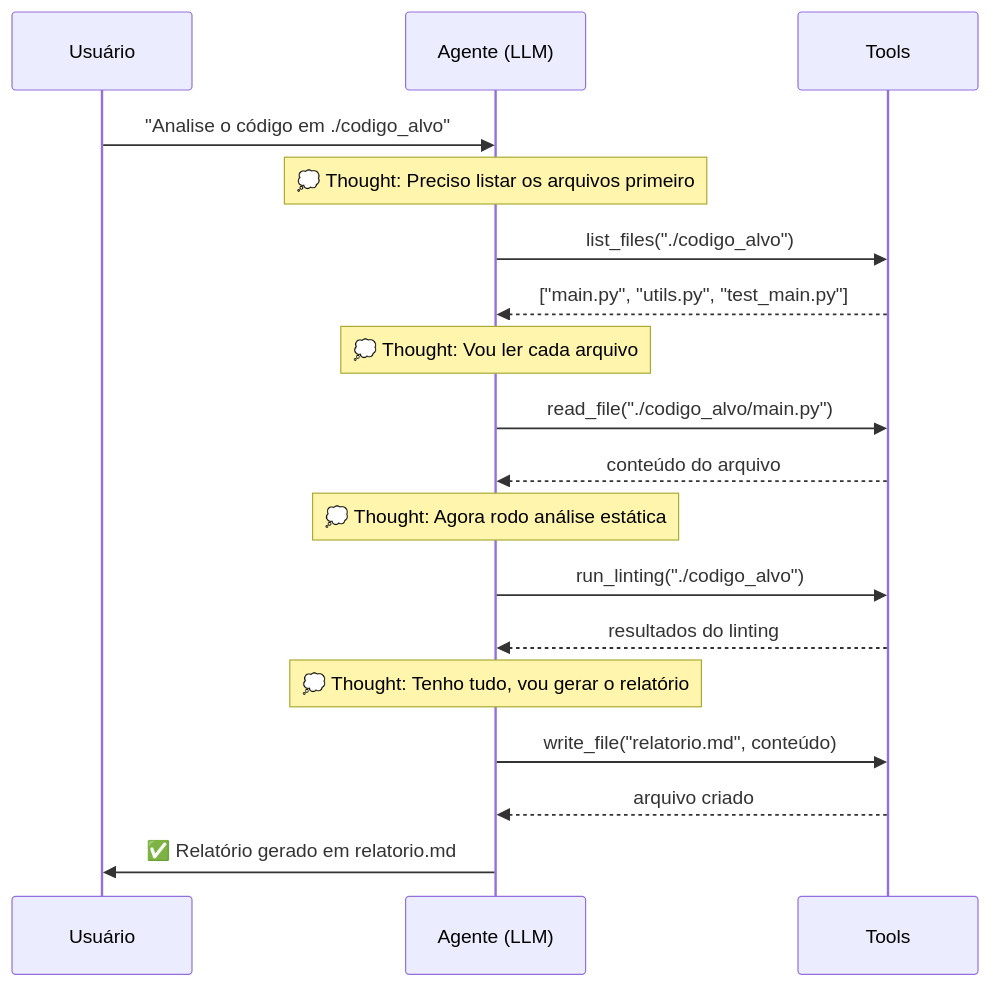
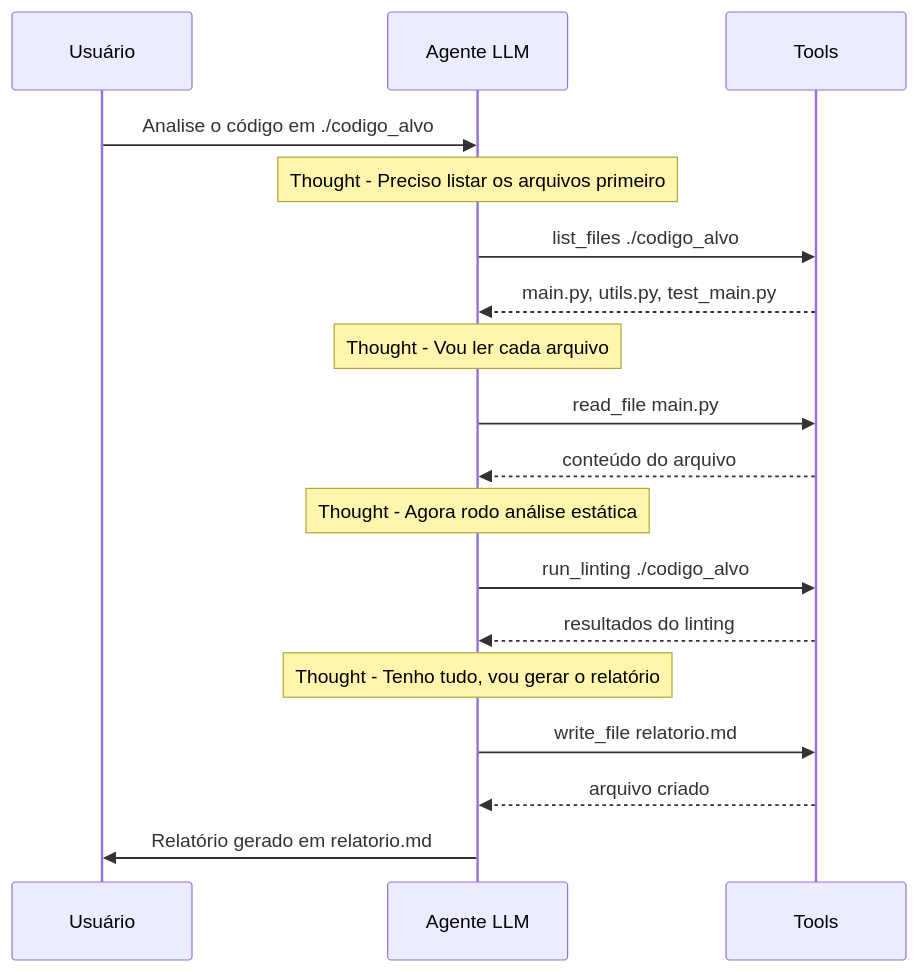
The fifth of 5 diagrams in docs/bloco2/s01-tools-react.md (IA-para-DEVs-SD/AI4devs), drawn with Mermaid before and after one commit. The commit also changed other lines of this file, not shown here.

First line of the commit message:
fix: remove emojis e caracteres especiais dos diagramas Mermaid em B2S01

````diff
--- a/docs/bloco2/s01-tools-react.md
+++ b/docs/bloco2/s01-tools-react.md
@@ -177,26 +177,26 @@
 ```mermaid
 sequenceDiagram
     participant U as Usuário
-    participant A as Agente (LLM)
+    participant A as Agente LLM
     participant T as Tools
     
-    U->>A: "Analise o código em ./codigo_alvo"
+    U->>A: Analise o código em ./codigo_alvo
     
-    Note over A: 💭 Thought: Preciso listar os arquivos primeiro
-    A->>T: list_files("./codigo_alvo")
-    T-->>A: ["main.py", "utils.py", "test_main.py"]
+    Note over A: Thought - Preciso listar os arquivos primeiro
+    A->>T: list_files ./codigo_alvo
+    T-->>A: main.py, utils.py, test_main.py
     
-    Note over A: 💭 Thought: Vou ler cada arquivo
-    A->>T: read_file("./codigo_alvo/main.py")
+    Note over A: Thought - Vou ler cada arquivo
+    A->>T: read_file main.py
     T-->>A: conteúdo do arquivo
     
-    Note over A: 💭 Thought: Agora rodo análise estática
-    A->>T: run_linting("./codigo_alvo")
+    Note over A: Thought - Agora rodo análise estática
+    A->>T: run_linting ./codigo_alvo
     T-->>A: resultados do linting
     
-    Note over A: 💭 Thought: Tenho tudo, vou gerar o relatório
-    A->>T: write_file("relatorio.md", conteúdo)
+    Note over A: Thought - Tenho tudo, vou gerar o relatório
+    A->>T: write_file relatorio.md
     T-->>A: arquivo criado
     
-    A->>U: ✅ Relatório gerado em relatorio.md
+    A->>U: Relatório gerado em relatorio.md
 ```
````
